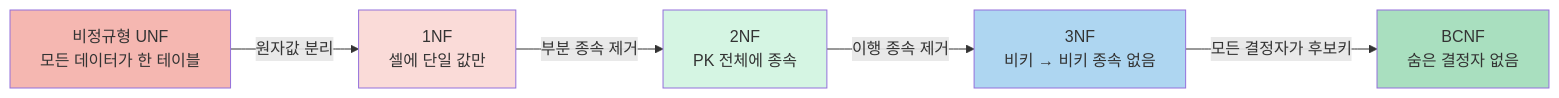
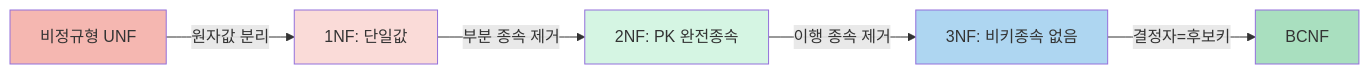
One commit to yjkim2015/yjkim2015.github.io changed the first of 3 diagrams in _posts/db/2026-05-01-db-normalization.md. Above: the diagram before and after it, drawn with Mermaid. The commit also changed other lines of this file and 245 other files, not shown here.

First line of the commit message:
Mermaid 다이어그램 전면 수정 + 면접 포인트 접기/펼치기 + DB 데드락 페이지

````diff
--- a/_posts/db/2026-05-01-db-normalization.md
+++ b/_posts/db/2026-05-01-db-normalization.md
@@ -20,12 +20,12 @@
 ```mermaid
 graph LR
-    UNF[비정규형 UNF<br>모든 데이터가 한 테이블] -->|원자값 분리| NF1[1NF<br>셀에 단일 값만]
-    NF1 -->|부분 종속 제거| NF2[2NF<br>PK 전체에 종속]
-    NF2 -->|이행 종속 제거| NF3[3NF<br>비키 → 비키 종속 없음]
-    NF3 -->|모든 결정자가 후보키| BCNF[BCNF<br>숨은 결정자 없음]
+    UNF["비정규형 UNF"] -->|"원자값 분리"| NF1["1NF: 단일값"]
+    NF1 -->|"부분 종속 제거"| NF2["2NF: PK 완전종속"]
+    NF2 -->|"이행 종속 제거"| NF3["3NF: 비키종속 없음"]
+    NF3 -->|"결정자=후보키"| BCNF["BCNF"]
     style UNF fill:#F5B7B1
     style NF1 fill:#FADBD8
     style NF2 fill:#D5F5E3
     style NF3 fill:#AED6F1
     style BCNF fill:#A9DFBF
 ```
````
